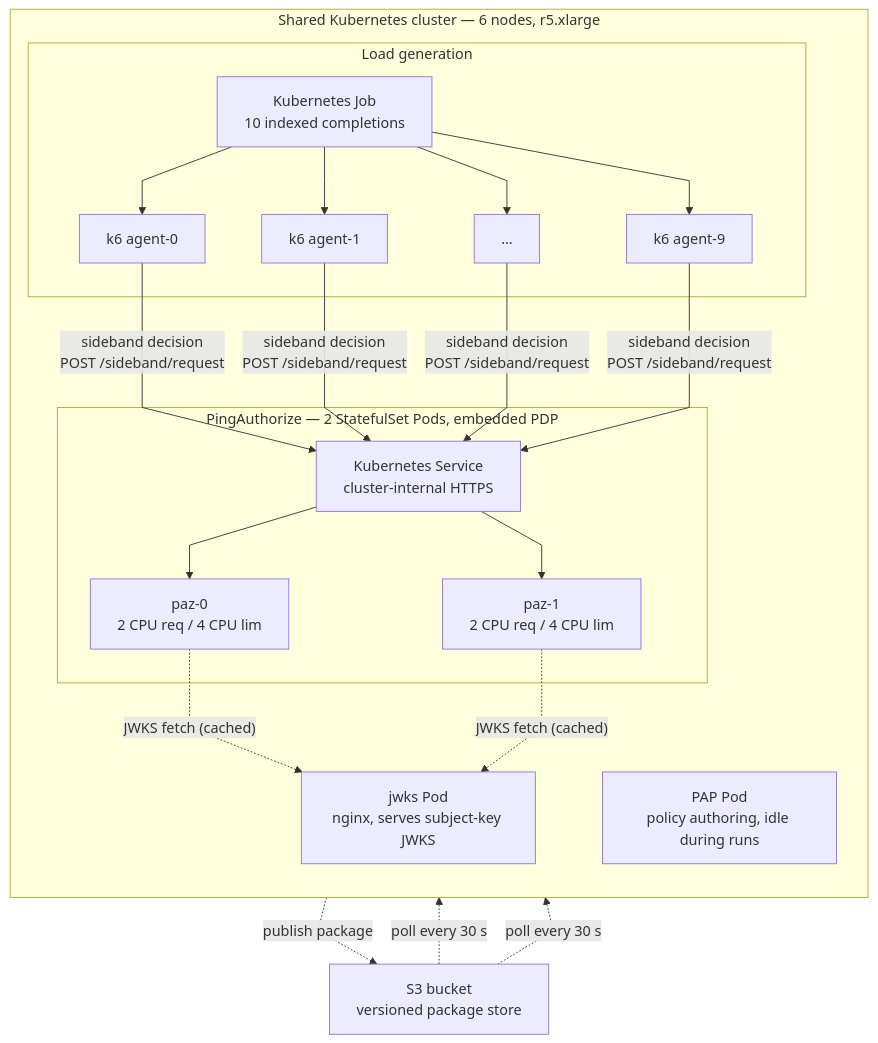
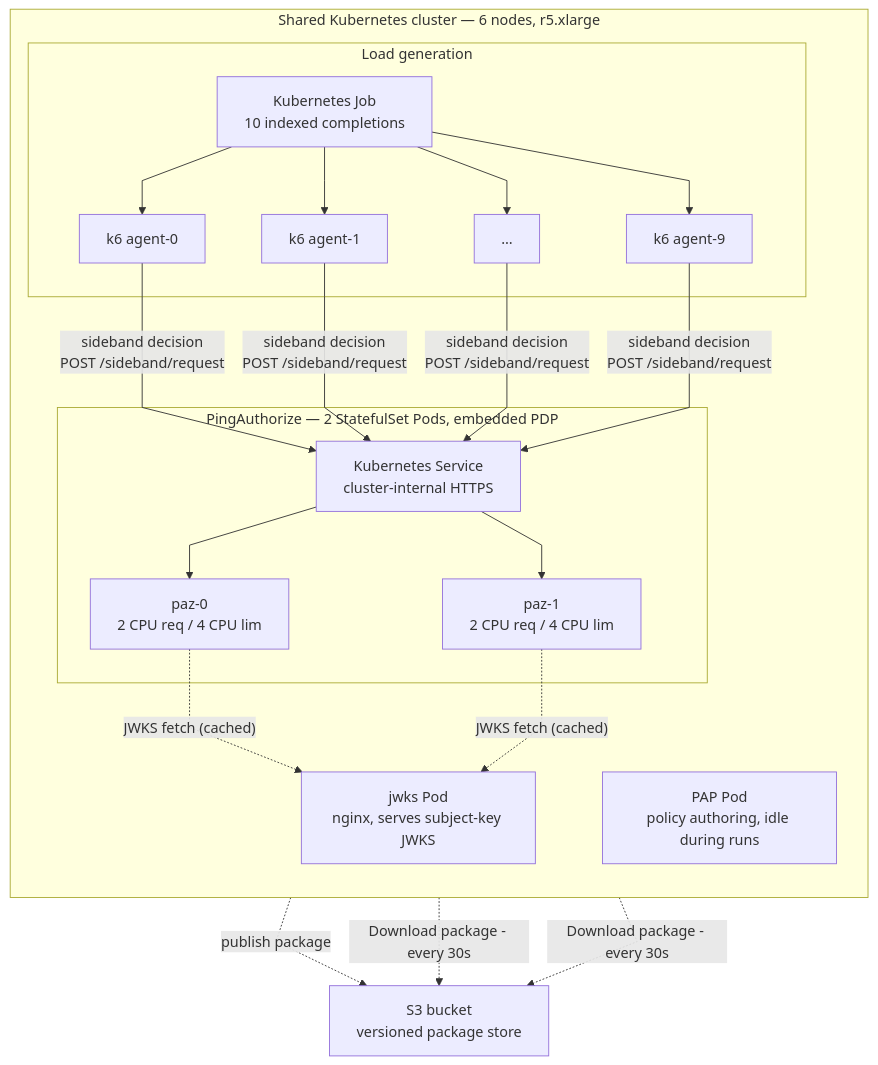
The diagram in _posts/2026-11-18-pingauthorize-sideband-performance-test.md (carbonefederico/blog-content), drawn with Mermaid before and after one commit. The commit also changed other lines of this file, not shown here.

````diff
--- a/_posts/2026-11-18-pingauthorize-sideband-performance-test.md
+++ b/_posts/2026-11-18-pingauthorize-sideband-performance-test.md
@@ -34,34 +39,34 @@
 ```mermaid
 %%{init: {'flowchart': {'curve': 'linear'}}}%%
 flowchart TB
     subgraph CL["Shared Kubernetes cluster — 6 nodes, r5.xlarge"]
         direction TB
 
         subgraph LB["Load generation"]
             K1["k6 agent-0"]
             K2["k6 agent-1"]
             KM["…"]
             K9["k6 agent-9"]
             JB["Kubernetes Job<br/>10 indexed completions"]
         end
 
         subgraph PAZ["PingAuthorize — 2 StatefulSet Pods, embedded PDP"]
             P1["paz-0<br/>2 CPU req / 4 CPU lim"]
             P2["paz-1<br/>2 CPU req / 4 CPU lim"]
             SVC["Kubernetes Service<br/>cluster-internal HTTPS"]
         end
 
         JWKS["jwks Pod<br/>nginx, serves subject-key JWKS"]
         PAP["PAP Pod<br/>policy authoring, idle during runs"]
     end
 
     S3["S3 bucket<br/>versioned package store"]
 
     JB --> K1 & K2 & KM & K9
     K1 & K2 & KM & K9 -->|"sideband decision<br/>POST /sideband/request"| SVC
     SVC --> P1 & P2
     P1 -.->|"JWKS fetch (cached)"| JWKS
     P2 -.->|"JWKS fetch (cached)"| JWKS
     PAP -.->|"publish package"| S3
-    S3 -.->|"poll every 30 s"| P1 & P2
+    P1 & P2 -.->|"Download package - every 30s"| S3
 ```
````
